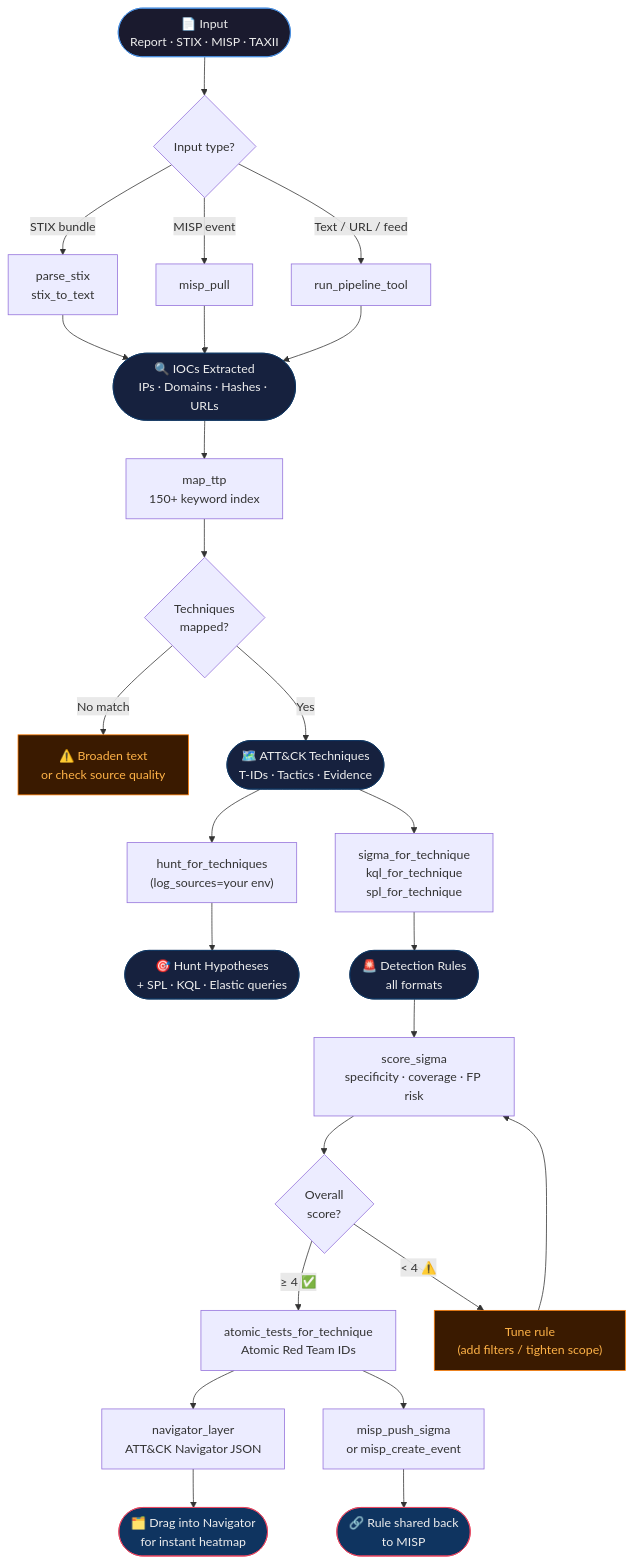
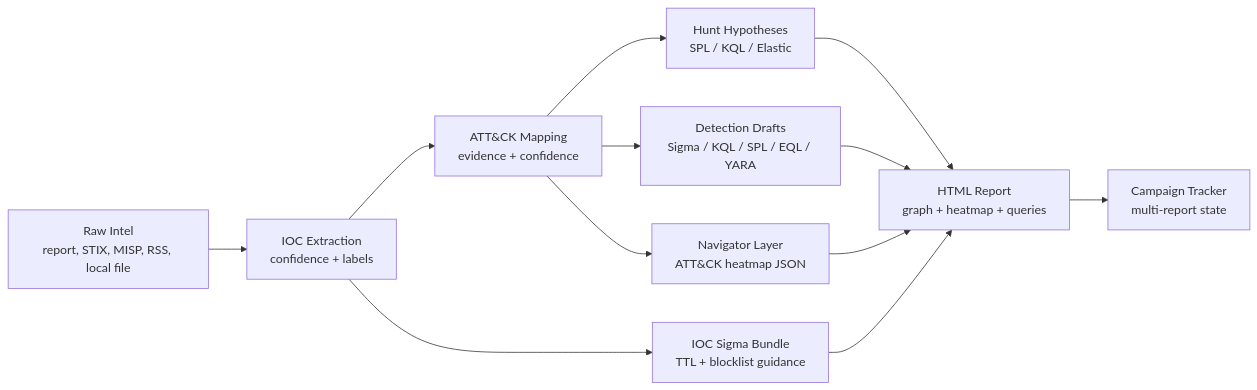
Before and after one commit to harshthakur6293/threat-research-mcp: the first of 3 diagrams in README.md, drawn with Mermaid. The commit also changed other lines of this file and 43 other files, not shown here.

Commit message:
feat: add analyst report workflow and confidence scoring

````diff
--- a/README.md
+++ b/README.md
@@ -98,39 +118,14 @@
 ```mermaid
-flowchart TD
-    A(["📄 Input\nReport · STIX · MISP · TAXII"]):::input --> B{Input type?}
-
-    B -->|STIX bundle| C["parse_stix\nstix_to_text"]
-    B -->|MISP event| D["misp_pull"]
-    B -->|Text / URL / feed| E["run_pipeline_tool"]
-
-    C & D & E --> F(["🔍 IOCs Extracted\nIPs · Domains · Hashes · URLs"]):::stage
-
-    F --> G["map_ttp\n150+ keyword index"]
-
-    G --> H{Techniques\nmapped?}
-    H -->|No match| I["⚠️ Broaden text\nor check source quality"]:::warn
-    H -->|Yes| J(["🗺️ ATT&CK Techniques\nT-IDs · Tactics · Evidence"]):::stage
-
-    J --> K["hunt_for_techniques\n(log_sources=your env)"]
-    K --> L(["🎯 Hunt Hypotheses\n+ SPL · KQL · Elastic queries"]):::stage
-
-    J --> M["sigma_for_technique\nkql_for_technique\nspl_for_technique"]
-    M --> N(["🚨 Detection Rules\nall formats"]):::stage
-
-    N --> O["score_sigma\nspecificity · coverage · FP risk"]
-    O --> P{Overall\nscore?}
-    P -->|"≥ 4 ✅"| Q["atomic_tests_for_technique\nAtomic Red Team IDs"]
-    P -->|"< 4 ⚠️"| R["Tune rule\n(add filters / tighten scope)"]:::warn
-    R --> O
-
-    Q --> S["navigator_layer\nATT&CK Navigator JSON"]
-    S --> T(["🗂️ Drag into Navigator\nfor instant heatmap"]):::output
-
-    Q --> U["misp_push_sigma\nor misp_create_event"]
-    U --> V(["🔗 Rule shared back\nto MISP"]):::output
-
-    classDef input fill:#1a1a2e,color:#eee,stroke:#4a90e2
-    classDef stage fill:#16213e,color:#eee,stroke:#0f3460
-    classDef output fill:#0f3460,color:#eee,stroke:#e94560
-    classDef warn fill:#3a1a00,color:#ffb347,stroke:#ff7c00
+flowchart LR
+    A["Raw Intel<br/>report, STIX, MISP, RSS, local file"] --> B["IOC Extraction<br/>confidence + labels"]
+    B --> C["ATT&CK Mapping<br/>evidence + confidence"]
+    C --> D["Hunt Hypotheses<br/>SPL / KQL / Elastic"]
+    C --> E["Detection Drafts<br/>Sigma / KQL / SPL / EQL / YARA"]
+    B --> F["IOC Sigma Bundle<br/>TTL + blocklist guidance"]
+    C --> G["Navigator Layer<br/>ATT&CK heatmap JSON"]
+    D --> H["HTML Report<br/>graph + heatmap + queries"]
+    E --> H
+    F --> H
+    G --> H
+    H --> I["Campaign Tracker<br/>multi-report state"]
 ```
````
